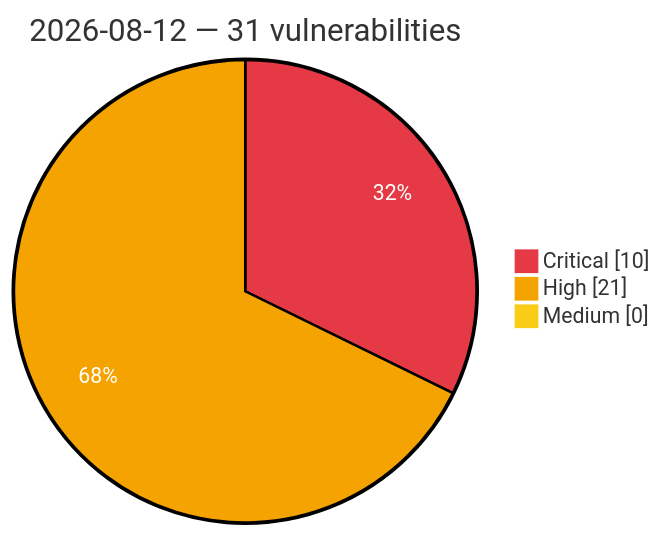
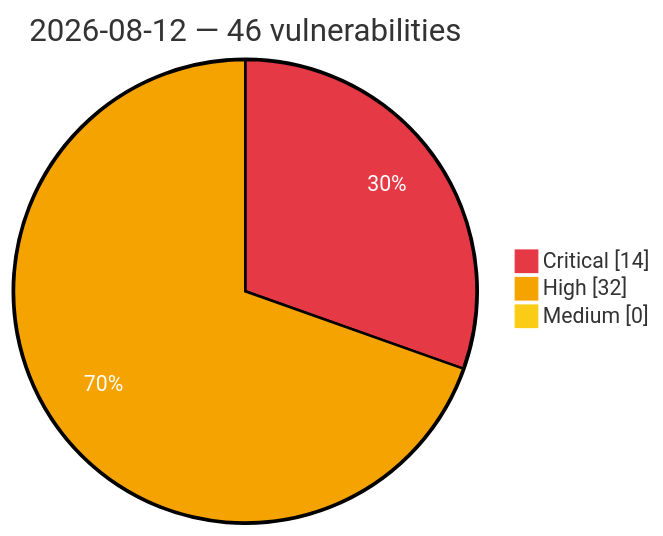
One commit to GhostX0X/vuln-tracker changed the diagram in vulnerabilities/2026/August/2026-08-12.md. Above: the diagram before and after it, drawn with Mermaid. The commit also changed other lines of this file and 5 other files, not shown here.

Commit message:
Auto update: critical/high vulns (2026-08-12 17:42 UTC)

````diff
--- a/vulnerabilities/2026/August/2026-08-12.md
+++ b/vulnerabilities/2026/August/2026-08-12.md
@@ -3,8 +3,8 @@
 ```mermaid
 %%{init: {'theme':'base', 'themeVariables': {'pie1':'#e63946', 'pie2':'#f4a300', 'pie3':'#facc15', 'pieOpacity':'1', 'pieOuterStrokeWidth':'2px', 'pieSectionTextColor':'#ffffff'}}}%%
 pie showData
-    title 2026-08-12 — 31 vulnerabilities
-    "Critical" : 10
-    "High" : 21
+    title 2026-08-12 — 46 vulnerabilities
+    "Critical" : 14
+    "High" : 32
     "Medium" : 0
 ```
````
